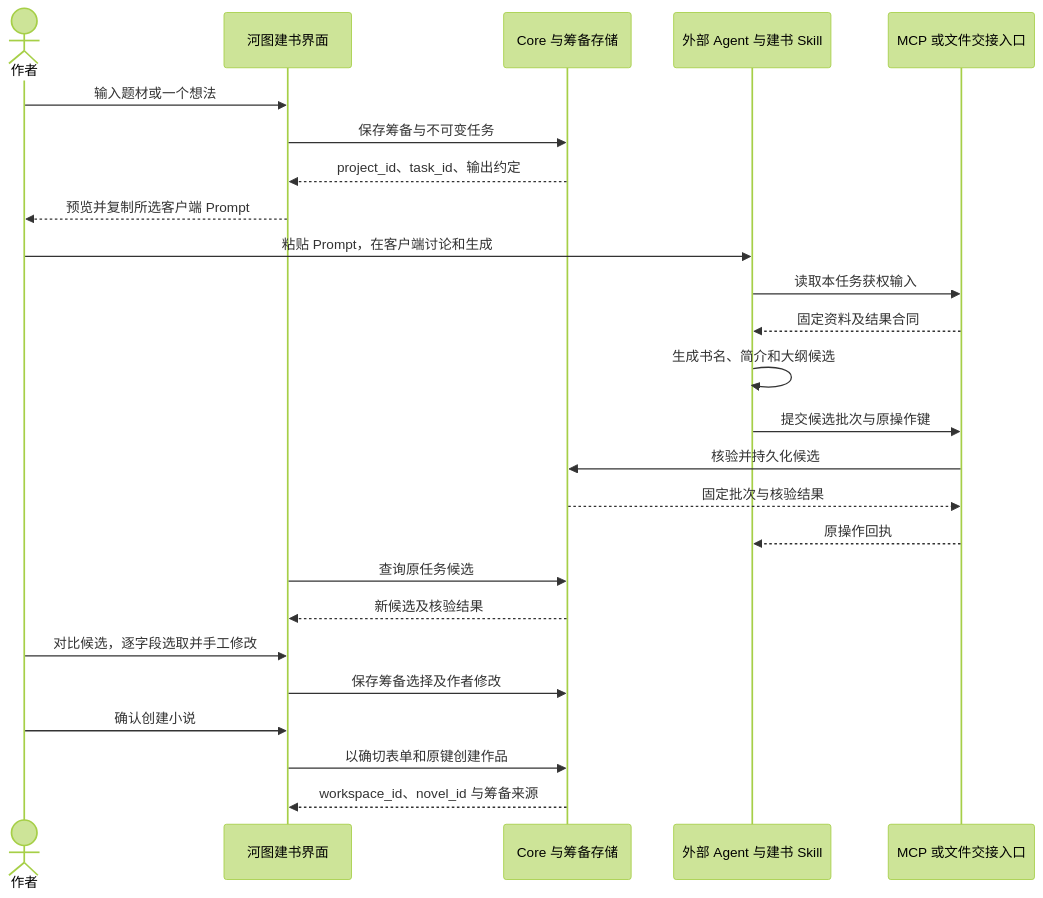
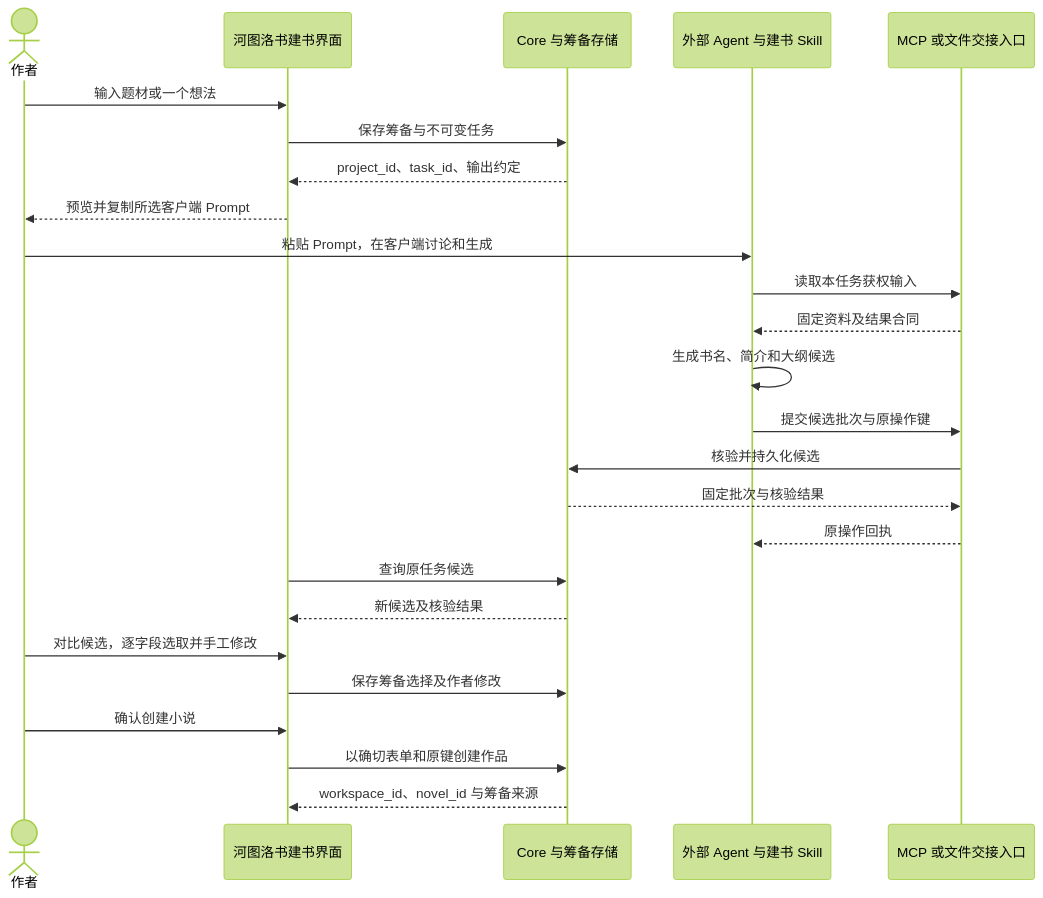
The sixth of 35 diagrams in docs/23-业务流程与MCP时序.md (limecloud/hetu), drawn with Mermaid (forest theme) before and after one commit. The commit also changed other lines of this file and 156 other files, not shown here.

````diff
--- a/docs/23-业务流程与MCP时序.md
+++ b/docs/23-业务流程与MCP时序.md
@@ -147,27 +148,27 @@
 ```mermaid
 sequenceDiagram
     actor author as 作者
-    participant desktop as 河图建书界面
+    participant desktop as 河图洛书建书界面
     participant core as Core 与筹备存储
     participant host as 外部 Agent 与建书 Skill
     participant server as MCP 或文件交接入口
     author->>desktop: 输入题材或一个想法
     desktop->>core: 保存筹备与不可变任务
     core-->>desktop: project_id、task_id、输出约定
     desktop-->>author: 预览并复制所选客户端 Prompt
     author->>host: 粘贴 Prompt，在客户端讨论和生成
     host->>server: 读取本任务获权输入
     server-->>host: 固定资料及结果合同
     host->>host: 生成书名、简介和大纲候选
     host->>server: 提交候选批次与原操作键
     server->>core: 核验并持久化候选
     core-->>server: 固定批次与核验结果
     server-->>host: 原操作回执
     desktop->>core: 查询原任务候选
     core-->>desktop: 新候选及核验结果
     author->>desktop: 对比候选，逐字段选取并手工修改
     desktop->>core: 保存筹备选择及作者修改
     author->>desktop: 确认创建小说
     desktop->>core: 以确切表单和原键创建作品
     core-->>desktop: workspace_id、novel_id 与筹备来源
 ```
````
